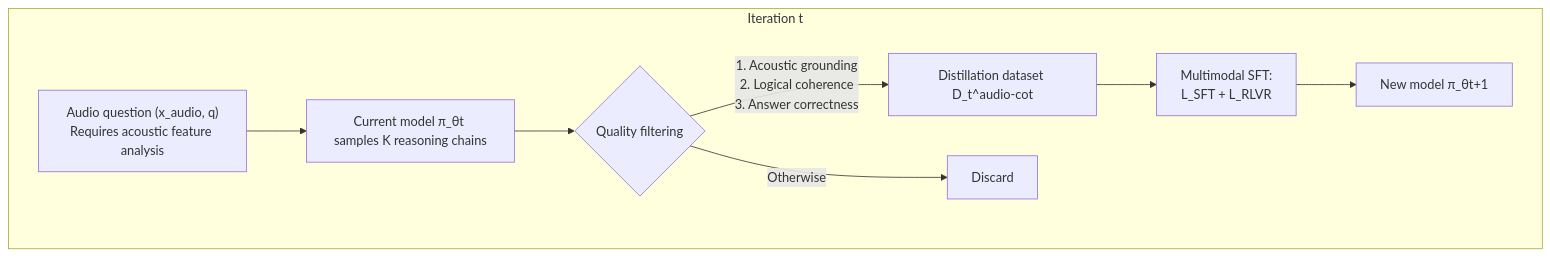
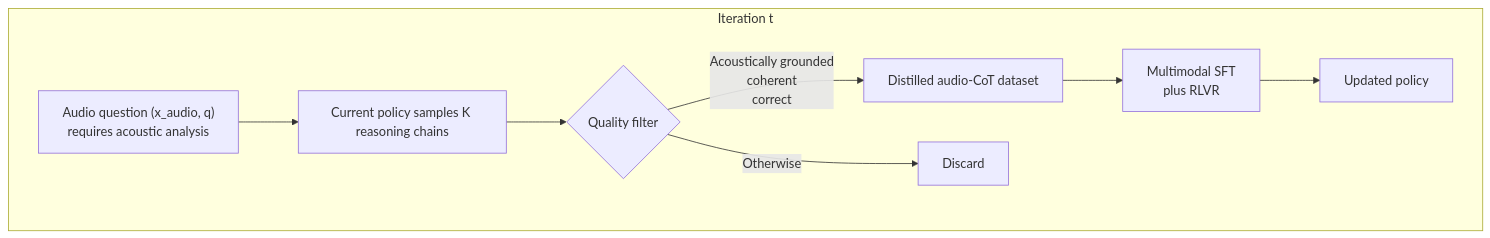
The second of 4 diagrams in docs/en/chapter27_audio_rl/reward-design.md (birhantprkc/hands-on-modern-rl), drawn with Mermaid before and after one commit. The commit also changed other lines of this file and 7 other files, not shown here.

````diff
--- a/docs/en/chapter27_audio_rl/reward-design.md
+++ b/docs/en/chapter27_audio_rl/reward-design.md
@@ -101,11 +173,11 @@
 ```mermaid
 graph TB
     subgraph "Iteration t"
-        A["Audio question (x_audio, q)<br/>Requires acoustic feature analysis"] --> B["Current model π_θt samples K reasoning chains"]
-        B --> C{Quality filtering}
-        C -->|1. Acoustic grounding<br/>2. Logical coherence<br/>3. Answer correctness| D["Distillation dataset D_t^audio-cot"]
+        A["Audio question (x_audio, q)<br/>requires acoustic analysis"] --> B["Current policy samples K reasoning chains"]
+        B --> C{Quality filter}
+        C -->|Acoustically grounded<br/>coherent<br/>correct| D["Distilled audio-CoT dataset"]
         C -->|Otherwise| E[Discard]
-        D --> F["Multimodal SFT:<br/>L_SFT + L_RLVR"]
-        F --> G["New model π_θt+1"]
+        D --> F["Multimodal SFT<br/>plus RLVR"]
+        F --> G[Updated policy]
     end
 ```
````
